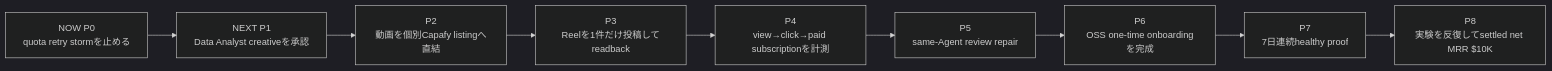
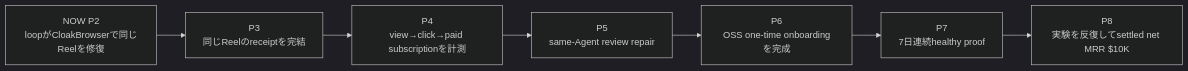
The first of 4 diagrams in specs/29-CAPAFY-10K-MRR-CLOSED-LOOP.md (Daisuke134/anicca), drawn with Mermaid (dark theme) before and after one commit. The commit also changed other lines of this file, not shown here.

````diff
--- a/specs/29-CAPAFY-10K-MRR-CLOSED-LOOP.md
+++ b/specs/29-CAPAFY-10K-MRR-CLOSED-LOOP.md
@@ -13,11 +13,9 @@
 ```mermaid
 flowchart LR
-  NOW["NOW P0<br/>quota retry stormを止める"] --> NEXT1["NEXT P1<br/>Data Analyst creativeを承認"]
-  NEXT1 --> NEXT2["P2<br/>動画を個別Capafy listingへ直結"]
-  NEXT2 --> NEXT3["P3<br/>Reelを1件だけ投稿してreadback"]
+  NOW["NOW P2<br/>loopがCloakBrowserで同じReelを修復"] --> NEXT3["P3<br/>同じReelのreceiptを完結"]
   NEXT3 --> LEARN["P4<br/>view→click→paid subscriptionを計測"]
   LEARN --> SUPPLY["P5<br/>same-Agent review repair"]
   SUPPLY --> OSS["P6<br/>OSS one-time onboardingを完成"]
   OSS --> PROOF["P7<br/>7日連続healthy proof"]
   PROOF --> MRR["P8<br/>実験を反復してsettled net MRR $10K"]
 ```
````
